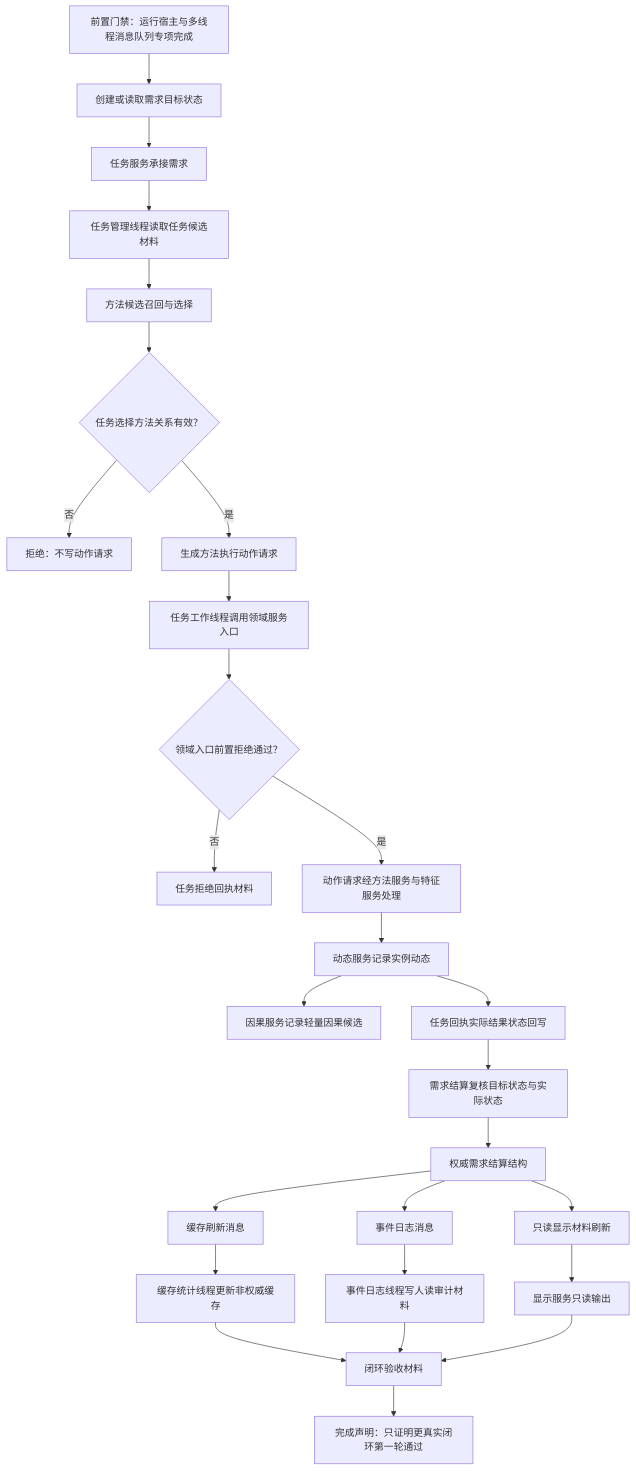
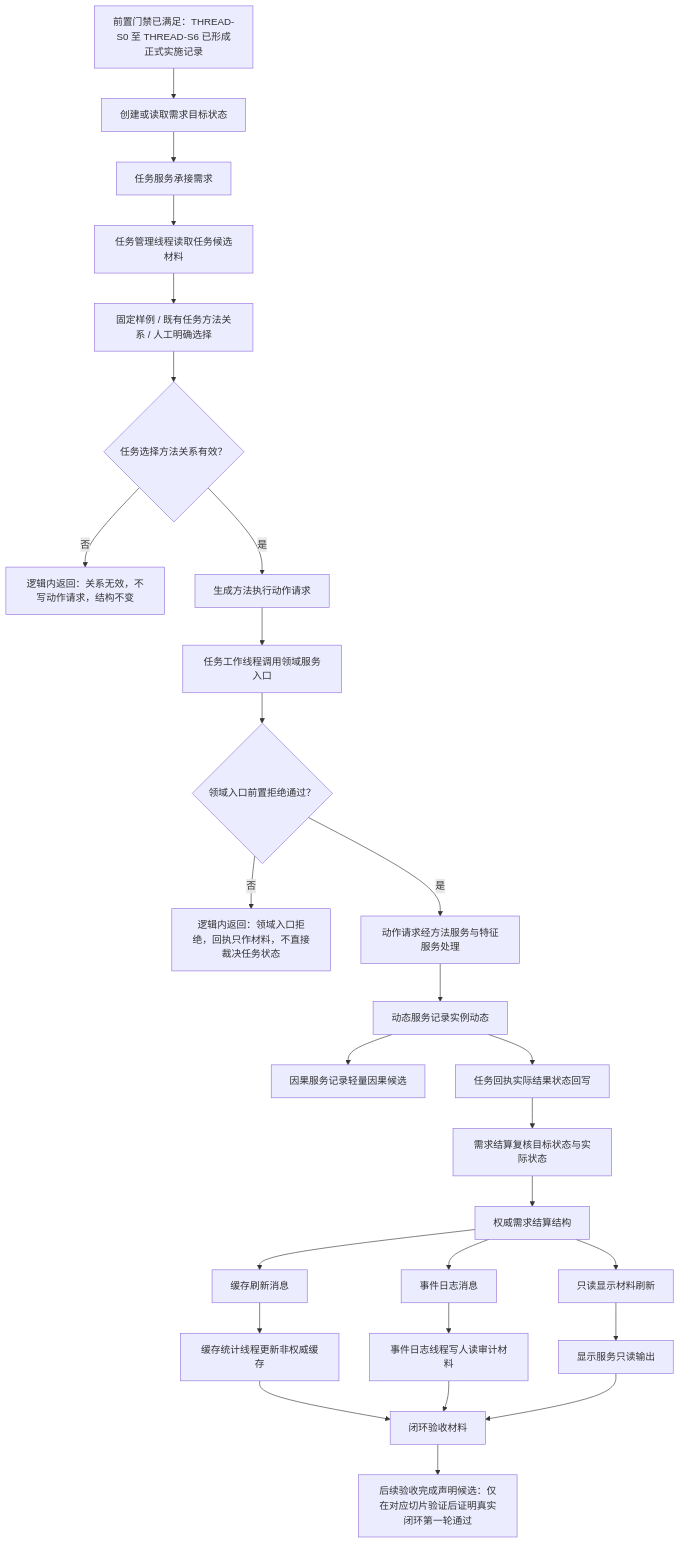
The diagram in 流程图/20260709_真实闭环串联优先目标流程图_v0.1.md (chunhaizh-cyber/HY-Ego), drawn with Mermaid before and after one commit. The commit also changed other lines of this file and 17 other files, not shown here.

````diff
--- a/流程图/20260709_真实闭环串联优先目标流程图_v0.1.md
+++ b/流程图/20260709_真实闭环串联优先目标流程图_v0.1.md
@@ -31,29 +33,29 @@
 ```mermaid
 flowchart TD
-    A["前置门禁：运行宿主与多线程消息队列专项完成"] --> B["创建或读取需求目标状态"]
+    A["前置门禁已满足：THREAD-S0 至 THREAD-S6 已形成正式实施记录"] --> B["创建或读取需求目标状态"]
     B --> C["任务服务承接需求"]
     C --> D["任务管理线程读取任务候选材料"]
-    D --> E["方法候选召回与选择"]
+    D --> E["固定样例 / 既有任务方法关系 / 人工明确选择"]
     E --> F{"任务选择方法关系有效？"}
-    F -- "否" --> G["拒绝：不写动作请求"]
+    F -- "否" --> G["逻辑内返回：关系无效，不写动作请求，结构不变"]
     F -- "是" --> H["生成方法执行动作请求"]
     H --> I["任务工作线程调用领域服务入口"]
     I --> J{"领域入口前置拒绝通过？"}
-    J -- "否" --> K["任务拒绝回执材料"]
+    J -- "否" --> K["逻辑内返回：领域入口拒绝，回执只作材料，不直接裁决任务状态"]
     J -- "是" --> L["动作请求经方法服务与特征服务处理"]
     L --> M["动态服务记录实例动态"]
     M --> N["因果服务记录轻量因果候选"]
     M --> O["任务回执实际结果状态回写"]
     O --> P["需求结算复核目标状态与实际状态"]
     P --> Q["权威需求结算结构"]
     Q --> R["缓存刷新消息"]
     Q --> S["事件日志消息"]
     Q --> T["只读显示材料刷新"]
     R --> U["缓存统计线程更新非权威缓存"]
     S --> V["事件日志线程写人读审计材料"]
     T --> W["显示服务只读输出"]
     U --> X["闭环验收材料"]
     V --> X
     W --> X
-    X --> Y["完成声明：只证明更真实闭环第一轮通过"]
+    X --> Y["后续验收完成声明候选：仅在对应切片验证后证明真实闭环第一轮通过"]
 ```
````
